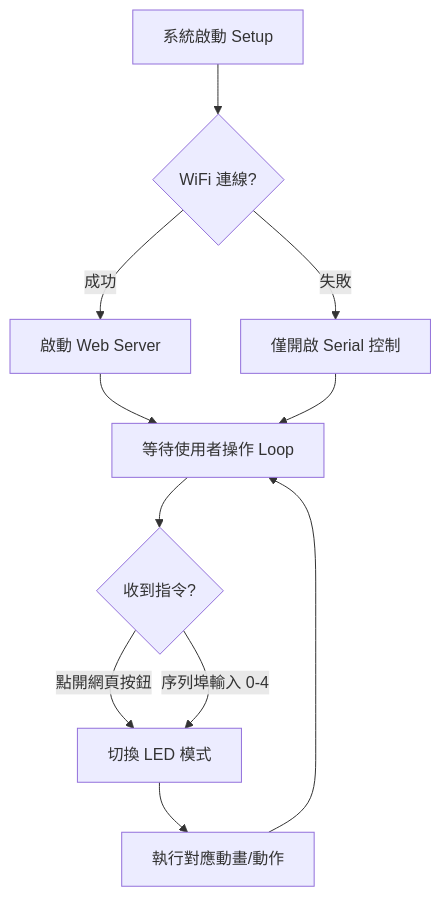
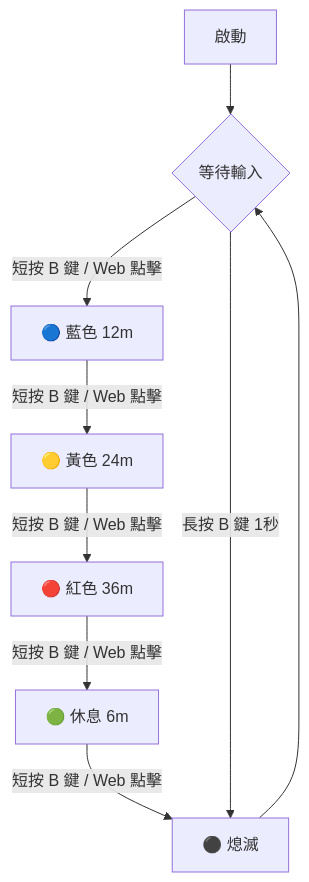
One commit to crazy0927/ESP32-C3FN4 changed the diagram in README.md. Above: the diagram before and after it, drawn with Mermaid. The commit also changed other lines of this file and 1 other file, not shown here.

Commit message:
Update: v16.2 Pomo-LED with 4stg ultra-low modes

````diff
--- a/README.md
+++ b/README.md
@@ -12,13 +16,11 @@
 ```mermaid
 graph TD
-    A[系統啟動 Setup] --> B{WiFi 連線?}
-    B -- 成功 --> C[啟動 Web Server]
-    B -- 失敗 --> D[僅開啟 Serial 控制]
-    C --> E[等待使用者操作 Loop]
-    D --> E
-    E --> F{收到指令?}
-    F -- 點開網頁按鈕 --> G[切換 LED 模式]
-    F -- 序列埠輸入 0-4 --> G[切換 LED 模式]
-    G --> H[執行對應動畫/動作]
-    H --> E
+    Start[啟動] --> Wait{等待輸入}
+    Wait -- 短按 B 鍵 / Web 點擊 --> Mode1[🔵 藍色 12m]
+    Mode1 -- 短按 B 鍵 / Web 點擊 --> Mode2[🟡 黃色 24m]
+    Mode2 -- 短按 B 鍵 / Web 點擊 --> Mode3[🔴 紅色 36m]
+    Mode3 -- 短按 B 鍵 / Web 點擊 --> Mode4[🟢 休息 6m]
+    Mode4 -- 短按 B 鍵 / Web 點擊 --> Off[⚫ 熄滅]
+    Off --> Wait
+    Wait -- 長按 B 鍵 1秒 --> Off
 ```
````
